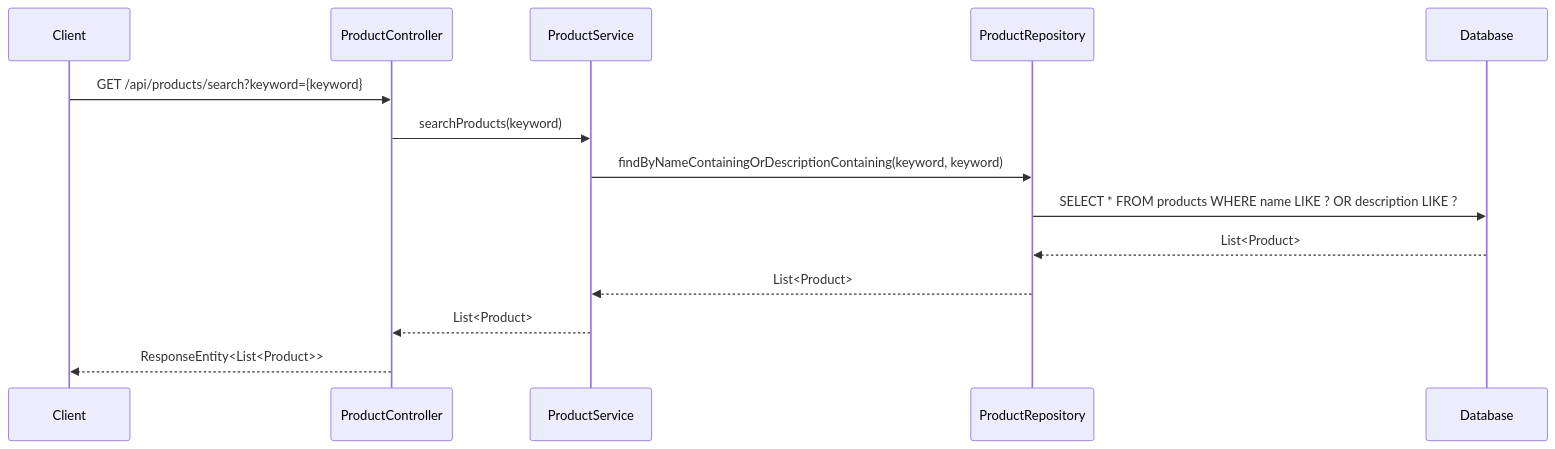
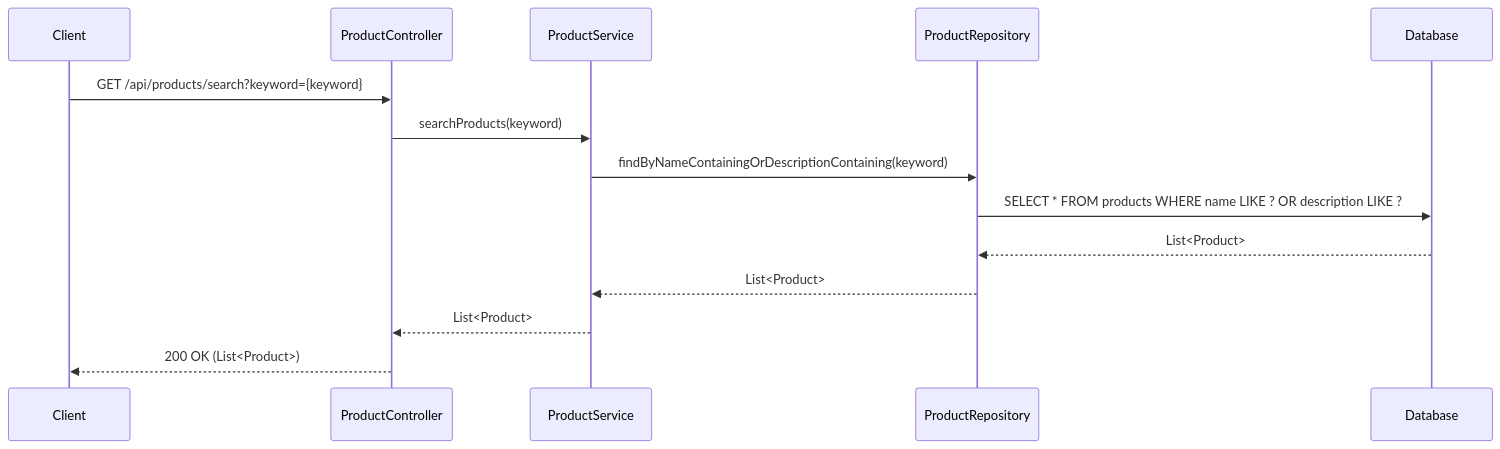
The ninth of 13 diagrams in docs/LLD/modified_lld.md (NavneetBN47/aava-ecom-demo), drawn with Mermaid before and after one commit. The commit also changed other lines of this file, not shown here.

````diff
--- a/docs/LLD/modified_lld.md
+++ b/docs/LLD/modified_lld.md
@@ -365,17 +368,17 @@
 ```mermaid
 sequenceDiagram
     participant Client
     participant ProductController
     participant ProductService
     participant ProductRepository
     participant Database
 
     Client->>ProductController: GET /api/products/search?keyword={keyword}
     ProductController->>ProductService: searchProducts(keyword)
-    ProductService->>ProductRepository: findByNameContainingOrDescriptionContaining(keyword, keyword)
+    ProductService->>ProductRepository: findByNameContainingOrDescriptionContaining(keyword)
     ProductRepository->>Database: SELECT * FROM products WHERE name LIKE ? OR description LIKE ?
     Database-->>ProductRepository: List<Product>
     ProductRepository-->>ProductService: List<Product>
     ProductService-->>ProductController: List<Product>
-    ProductController-->>Client: ResponseEntity<List<Product>>
+    ProductController-->>Client: 200 OK (List<Product>)
 ```
````
